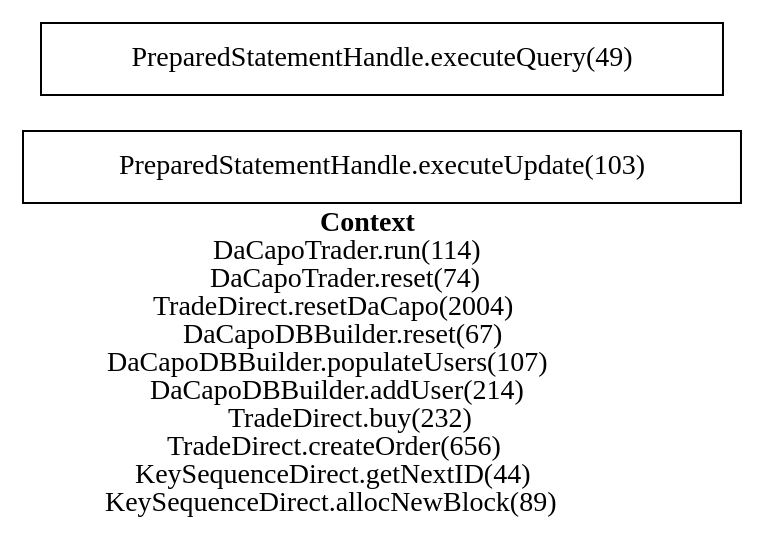
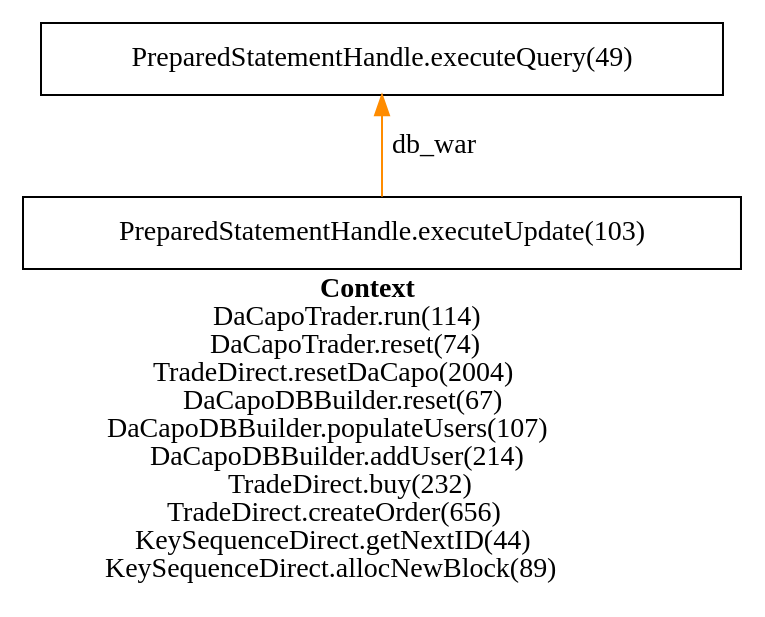
One commit to jtamayo/pepe changed the diagram in pepe/results2/2.gv. Above: the diagram before and after it, drawn with Graphviz. The commit also changed 181 other files, not shown here.

```diff
--- a/pepe/results2/2.gv
+++ b/pepe/results2/2.gv
@@ -1,5 +1,6 @@
-digraph 1447739926 { 
-label=<<font face="Times-Bold">Context</font><br/>DaCapoTrader.run(114)<br/>DaCapoTrader.reset(74)<br/>TradeDirect.resetDaCapo(2004)<br/>DaCapoDBBuilder.reset(67)<br/>DaCapoDBBuilder.populateUsers(107)<br/>DaCapoDBBuilder.addUser(214)<br/>TradeDirect.buy(232)<br/>TradeDirect.createOrder(656)<br/>KeySequenceDirect.getNextID(44)<br/>KeySequenceDirect.allocNewBlock(89)>;rankdir=RL;
+digraph 1754024567 { 
+label=<<font face="Times-Bold">Context</font><br/>DaCapoTrader.run(114)<br/>DaCapoTrader.reset(74)<br/>TradeDirect.resetDaCapo(2004)<br/>DaCapoDBBuilder.reset(67)<br/>DaCapoDBBuilder.populateUsers(107)<br/>DaCapoDBBuilder.addUser(214)<br/>TradeDirect.buy(232)<br/>TradeDirect.createOrder(656)<br/>KeySequenceDirect.getNextID(44)<br/>KeySequenceDirect.allocNewBlock(89)>;rankdir=BT;
 1 [label="PreparedStatementHandle.executeUpdate(103)\n", shape=box];
 2 [label="PreparedStatementHandle.executeQuery(49)\n", shape=box];
+1 -> 2 [label="db_war" color=darkorange];
 }
```
